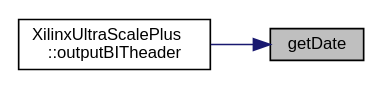
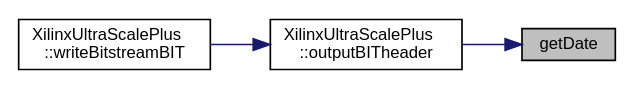
Before and after one commit to FPGA-Research-Manchester/byteman: the diagram in XilinxUltraScalePlus_8cpp_ac224b5fb08c3c8797116cbf60fe16463_icgraph.dot, drawn with Graphviz. The commit also changed 170 other files, not shown here.

```diff
--- a/XilinxUltraScalePlus_8cpp_ac224b5fb08c3c8797116cbf60fe16463_icgraph.dot
+++ b/XilinxUltraScalePlus_8cpp_ac224b5fb08c3c8797116cbf60fe16463_icgraph.dot
@@ -1,11 +1,13 @@
 digraph "getDate"
 {
  // INTERACTIVE_SVG=YES
  // LATEX_PDF_SIZE
   edge [fontname="Helvetica",fontsize="10",labelfontname="Helvetica",labelfontsize="10"];
   node [fontname="Helvetica",fontsize="10",shape=record];
   rankdir="RL";
   Node1 [label="getDate",height=0.2,width=0.4,color="black", fillcolor="grey75", style="filled", fontcolor="black",tooltip=" "];
   Node1 -> Node2 [dir="back",color="midnightblue",fontsize="10",style="solid",fontname="Helvetica"];
   Node2 [label="XilinxUltraScalePlus\l::outputBITheader",height=0.2,width=0.4,color="black", fillcolor="white", style="filled",URL="$classXilinxUltraScalePlus.html#aaa5a3d294162289a97d4d100f52c2ea8",tooltip=" "];
+  Node2 -> Node3 [dir="back",color="midnightblue",fontsize="10",style="solid",fontname="Helvetica"];
+  Node3 [label="XilinxUltraScalePlus\l::writeBitstreamBIT",height=0.2,width=0.4,color="black", fillcolor="white", style="filled",URL="$classXilinxUltraScalePlus.html#a84674d061a521a9cf9a7e9ce3cb732e2",tooltip=" "];
 }
```
